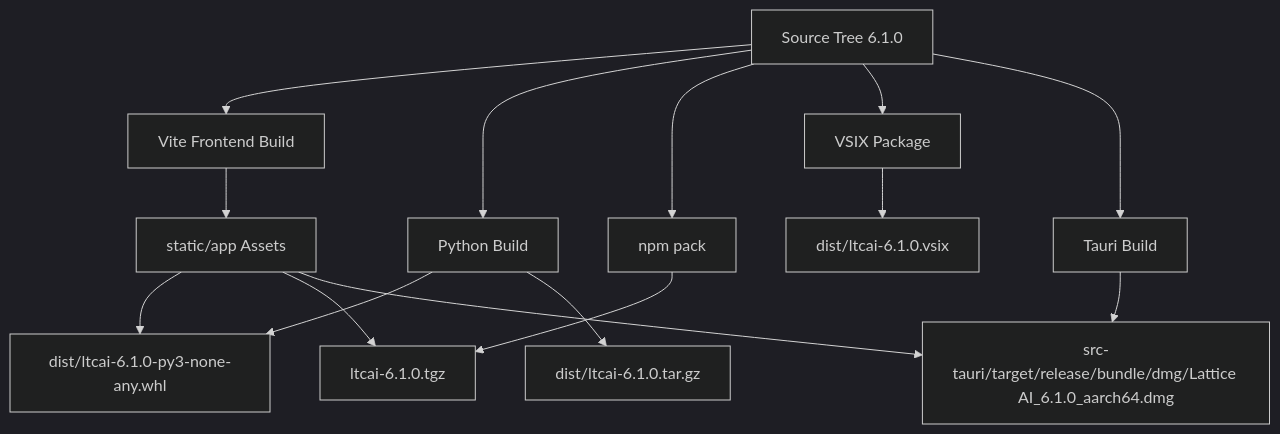
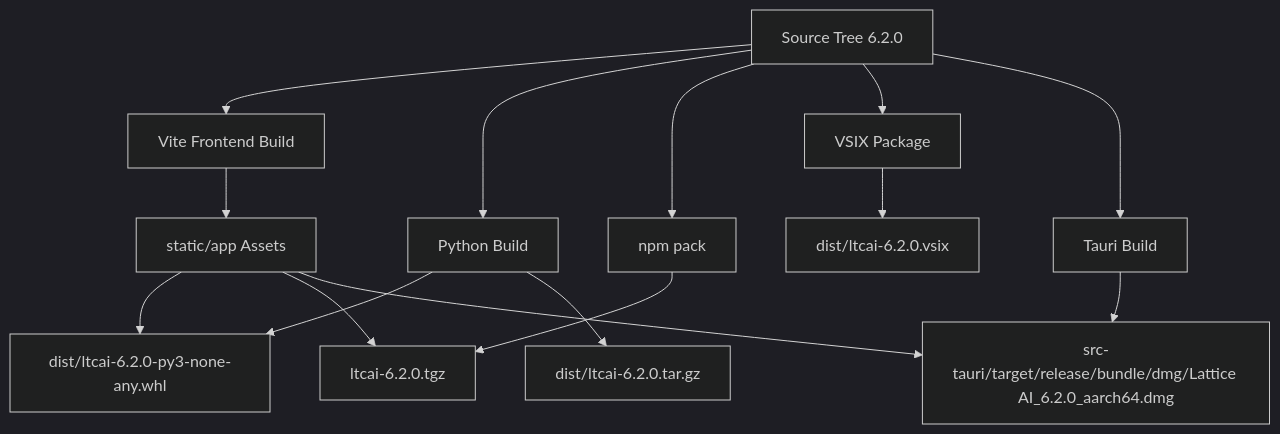
The tenth of 10 diagrams in ARCHITECTURE.md (TaeSooPark-PTS/LatticeAI), drawn with Mermaid (dark theme) before and after one commit. The commit also changed other lines of this file and 52 other files, not shown here.

````diff
--- a/ARCHITECTURE.md
+++ b/ARCHITECTURE.md
@@ -271,18 +271,18 @@
 ```mermaid
 flowchart TB
-  Source["Source Tree 6.1.0"] --> FrontendBuild["Vite Frontend Build"]
+  Source["Source Tree 6.2.0"] --> FrontendBuild["Vite Frontend Build"]
   Source --> PythonBuild["Python Build"]
   Source --> NpmPack["npm pack"]
   Source --> VsixBuild["VSIX Package"]
   Source --> TauriBuild["Tauri Build"]
 
   FrontendBuild --> StaticAssets["static/app Assets"]
-  PythonBuild --> Wheel["dist/ltcai-6.1.0-py3-none-any.whl"]
-  PythonBuild --> Sdist["dist/ltcai-6.1.0.tar.gz"]
-  NpmPack --> Tgz["ltcai-6.1.0.tgz"]
-  VsixBuild --> Vsix["dist/ltcai-6.1.0.vsix"]
-  TauriBuild --> Dmg["src-tauri/target/release/bundle/dmg/Lattice AI_6.1.0_aarch64.dmg"]
+  PythonBuild --> Wheel["dist/ltcai-6.2.0-py3-none-any.whl"]
+  PythonBuild --> Sdist["dist/ltcai-6.2.0.tar.gz"]
+  NpmPack --> Tgz["ltcai-6.2.0.tgz"]
+  VsixBuild --> Vsix["dist/ltcai-6.2.0.vsix"]
+  TauriBuild --> Dmg["src-tauri/target/release/bundle/dmg/Lattice AI_6.2.0_aarch64.dmg"]
   StaticAssets --> Wheel
   StaticAssets --> Tgz
   StaticAssets --> Dmg
 ```
````
